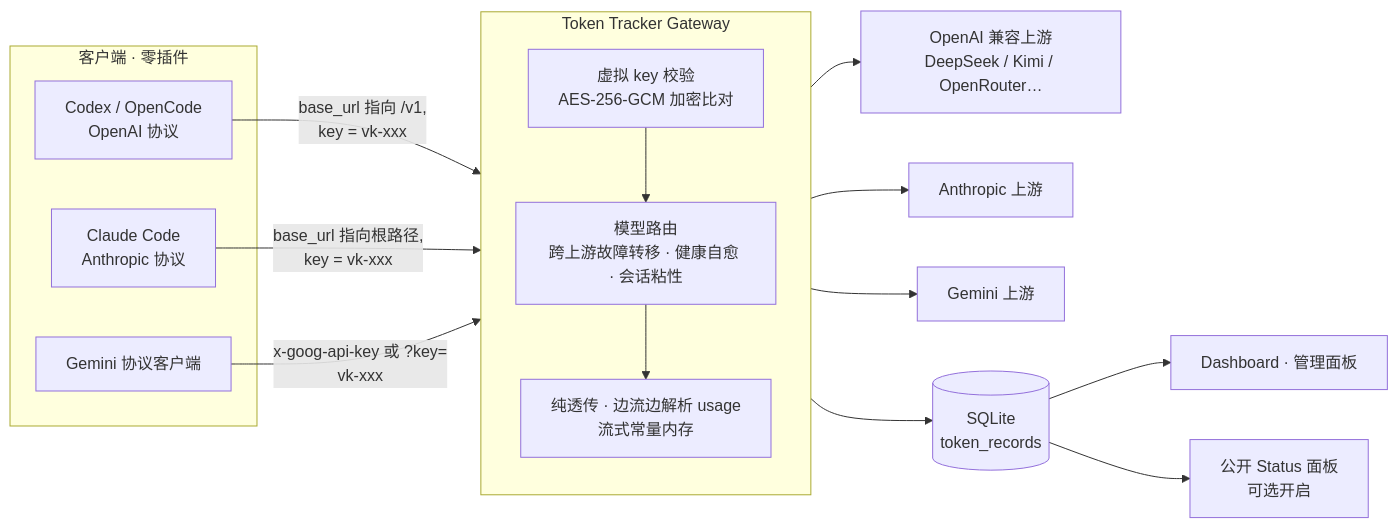
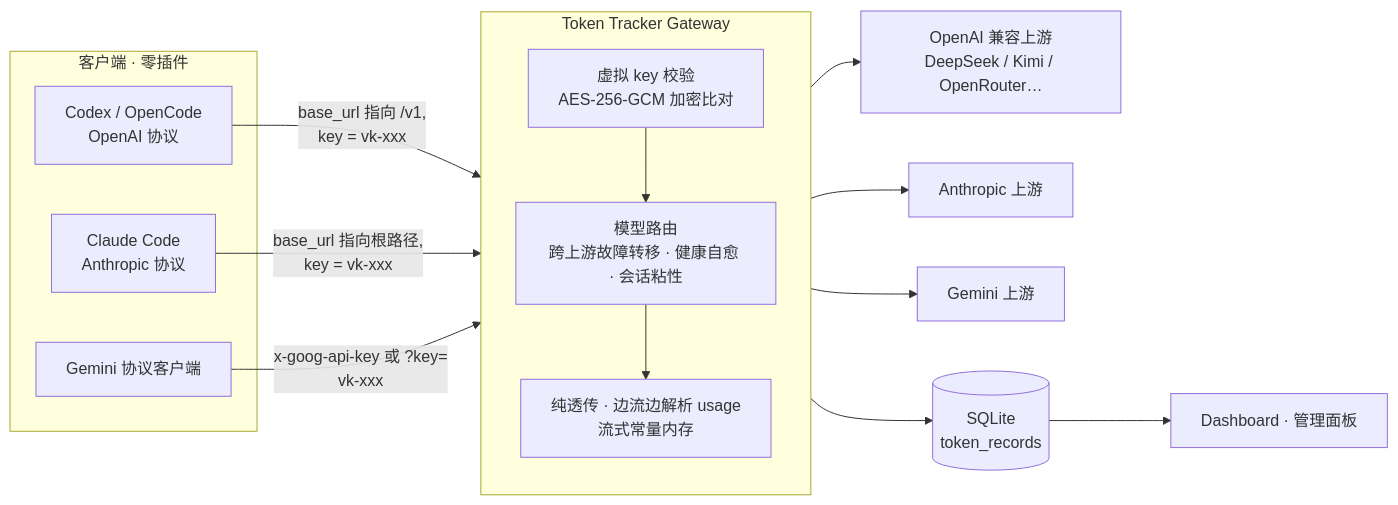
Before and after one commit to caibingcheng/token-tracker: the diagram in README.md, drawn with Mermaid. The commit also changed other lines of this file and 30 other files, not shown here.

````diff
--- a/README.md
+++ b/README.md
@@ -14,29 +14,28 @@
 ```mermaid
 flowchart LR
     subgraph C[客户端 · 零插件]
         A[Codex / OpenCode<br>OpenAI 协议]
         B[Claude Code<br>Anthropic 协议]
         D[Gemini 协议客户端]
     end
 
     A -->|"base_url 指向 /v1,<br>key = vk-xxx"| G
     B -->|"base_url 指向根路径,<br>key = vk-xxx"| G
     D -->|"x-goog-api-key 或 ?key=<br>vk-xxx"| G
 
     subgraph G[Token Tracker Gateway]
         direction TB
         V[虚拟 key 校验<br>AES-256-GCM 加密比对]
         R[模型路由<br>跨上游故障转移 · 健康自愈 · 会话粘性]
         P[纯透传 · 边流边解析 usage<br>流式常量内存]
     end
 
     V --> R --> P
 
     P --> U1[OpenAI 兼容上游<br>DeepSeek / Kimi / OpenRouter…]
     P --> U2[Anthropic 上游]
     P --> U3[Gemini 上游]
 
     P --> DB[(SQLite<br>token_records)]
     DB --> W[Dashboard · 管理面板]
-    DB --> S[公开 Status 面板<br>可选开启]
 ```
````
